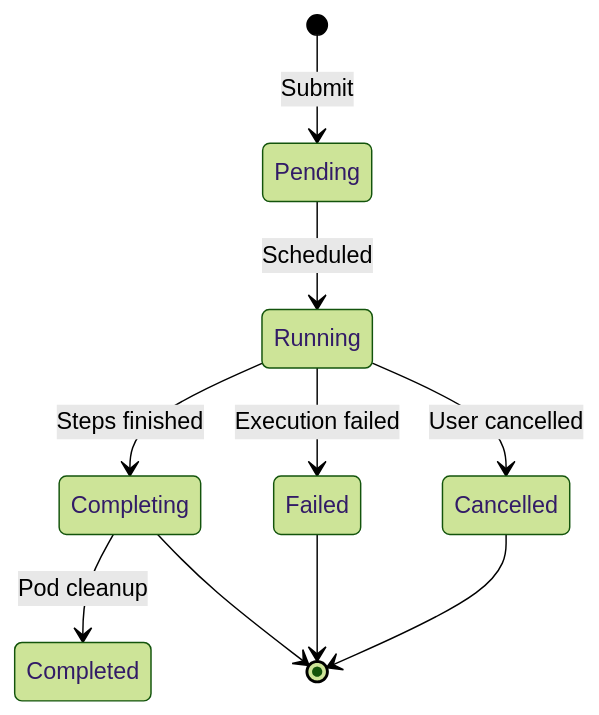
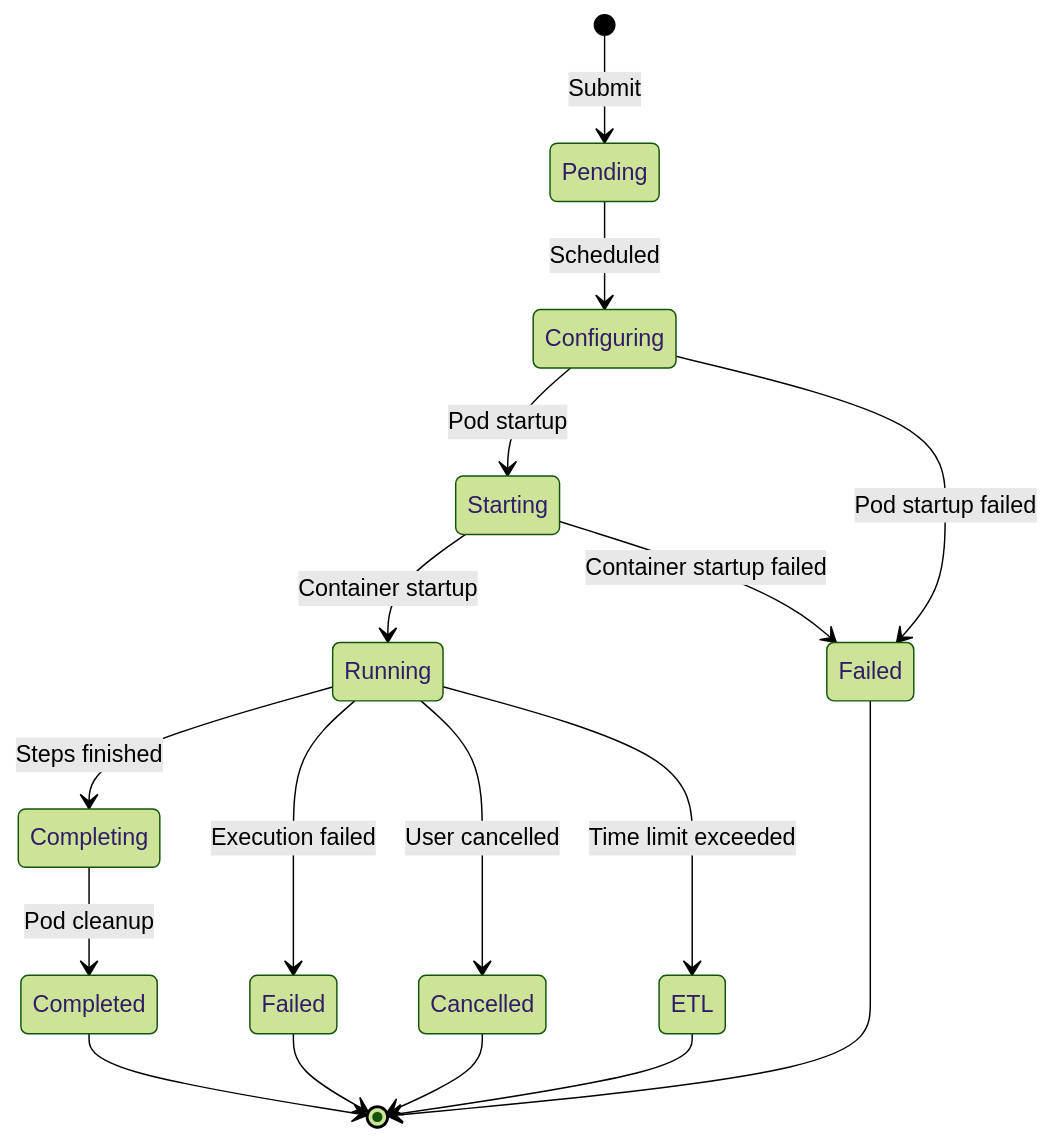
One commit to PKUHPC/CraneSched changed the second of 4 diagrams in docs/en/reference/container/concepts.md. Above: the diagram before and after it, drawn with Mermaid (forest theme). The commit also changed other lines of this file and 6 other files, not shown here.

````diff
--- a/docs/en/reference/container/concepts.md
+++ b/docs/en/reference/container/concepts.md
@@ -165,12 +147,22 @@
 ```mermaid
 stateDiagram-v2
+    state "Failed" as FailedStartup
+    state "Failed" as FailedRuntime
+
     [*] --> Pending: Submit
-    Pending --> Running: Scheduled
+    Pending --> Configuring: Scheduled
+    Configuring --> Starting: Pod startup
+    Configuring --> FailedStartup: Pod startup failed
+    Starting --> Running: Container startup
+    Starting --> FailedStartup: Container startup failed
     Running --> Completing: Steps finished
     Completing --> Completed: Pod cleanup
-    Running --> Failed: Execution failed
+    Running --> FailedRuntime: Execution failed
     Running --> Cancelled: User cancelled
-    Completing --> [*]
-    Failed --> [*]
+    Running --> ETL: Time limit exceeded
+    Completed --> [*]
+    FailedStartup --> [*]
+    FailedRuntime --> [*]
     Cancelled --> [*]
+    ETL --> [*]
 ```
````
